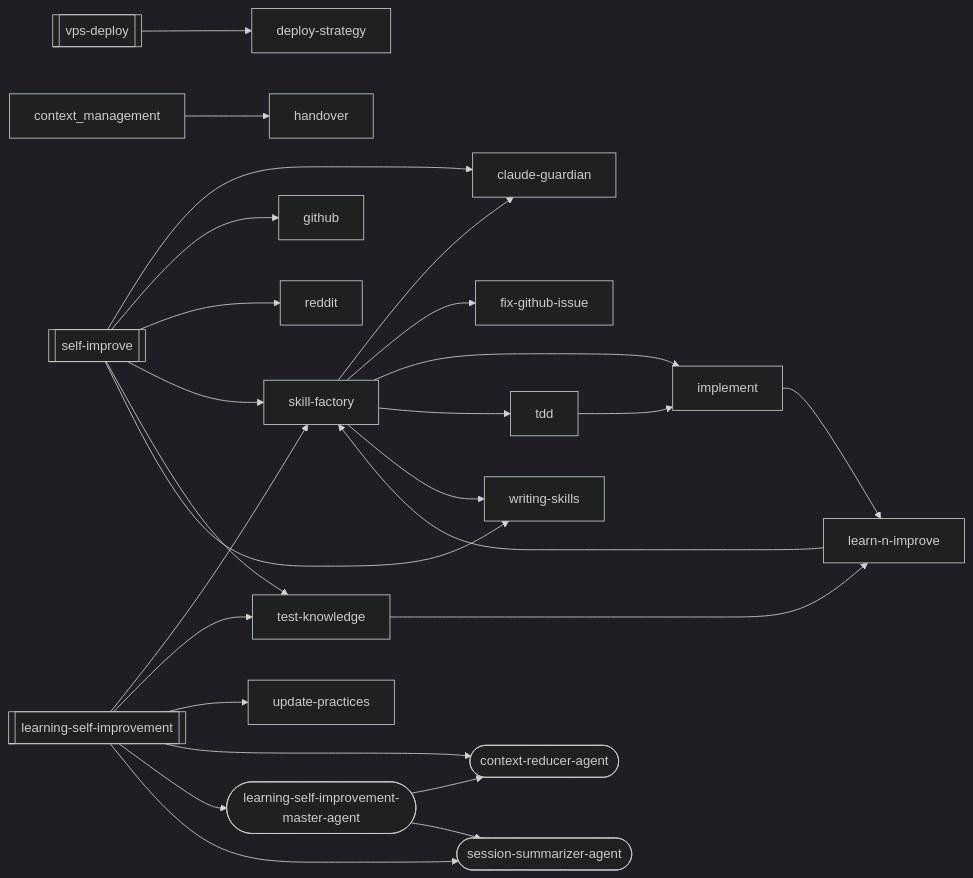
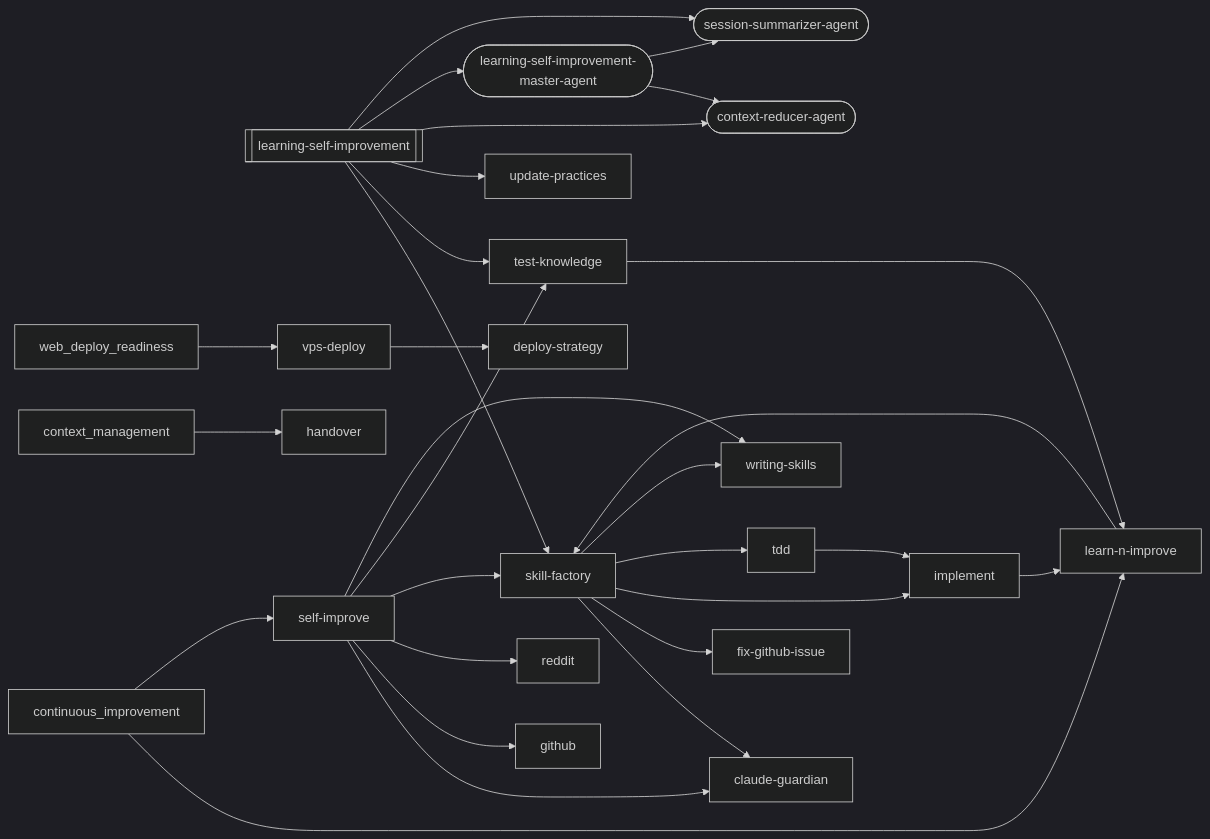
The third of 22 diagrams in docs/workflows/learning-self-improvement.md (abhayla/claude-best-practices), drawn with Mermaid (dark theme) before and after one commit. The commit also changed other lines of this file and 32 other files, not shown here.

````diff
--- a/docs/workflows/learning-self-improvement.md
+++ b/docs/workflows/learning-self-improvement.md
@@ -407,47 +414,50 @@
 ```mermaid
 graph LR
     learning_self_improvement[["learning-self-improvement"]]
-    self_improve[["self-improve"]]
-    vps_deploy[["vps-deploy"]]
     claude_guardian["claude-guardian"]
     context_reducer_agent(["context-reducer-agent"])
     deploy_strategy["deploy-strategy"]
     fix_github_issue["fix-github-issue"]
     github["github"]
     handover["handover"]
     implement["implement"]
     learn_n_improve["learn-n-improve"]
     learning_self_improvement_master_agent(["learning-self-improvement-master-agent"])
     reddit["reddit"]
+    self_improve["self-improve"]
     session_summarizer_agent(["session-summarizer-agent"])
     skill_factory["skill-factory"]
     tdd["tdd"]
     test_knowledge["test-knowledge"]
     update_practices["update-practices"]
+    vps_deploy["vps-deploy"]
     writing_skills["writing-skills"]
     implement --> learn_n_improve
     learn_n_improve --> skill_factory
     learning_self_improvement --> skill_factory
     learning_self_improvement --> test_knowledge
     learning_self_improvement --> update_practices
     learning_self_improvement --> context_reducer_agent
     learning_self_improvement --> learning_self_improvement_master_agent
     learning_self_improvement --> session_summarizer_agent
     skill_factory --> claude_guardian
     skill_factory --> fix_github_issue
     skill_factory --> implement
     skill_factory --> tdd
     skill_factory --> writing_skills
     tdd --> implement
     test_knowledge --> learn_n_improve
     vps_deploy --> deploy_strategy
     self_improve --> claude_guardian
     self_improve --> github
     self_improve --> reddit
     self_improve --> skill_factory
     self_improve --> test_knowledge
     self_improve --> writing_skills
     learning_self_improvement_master_agent --> context_reducer_agent
     learning_self_improvement_master_agent --> session_summarizer_agent
     context_management --> handover
+    continuous_improvement --> learn_n_improve
+    continuous_improvement --> self_improve
+    web_deploy_readiness --> vps_deploy
 ```
````
